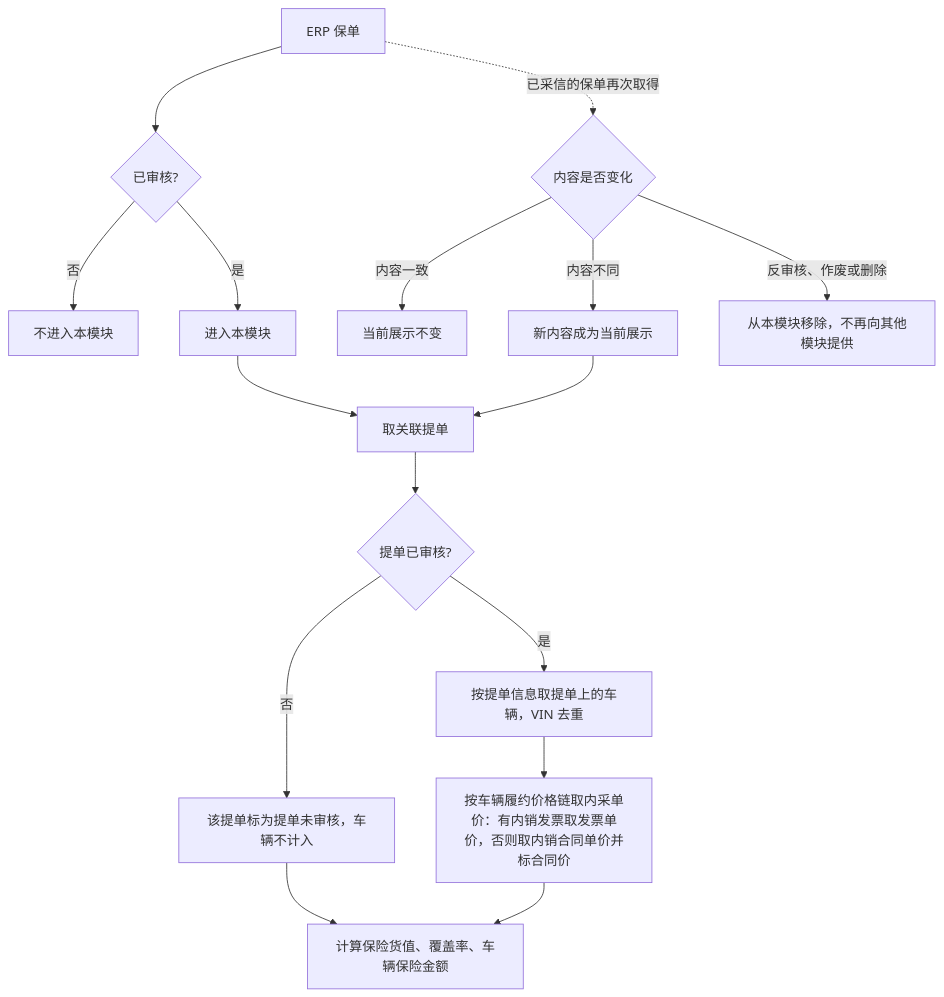
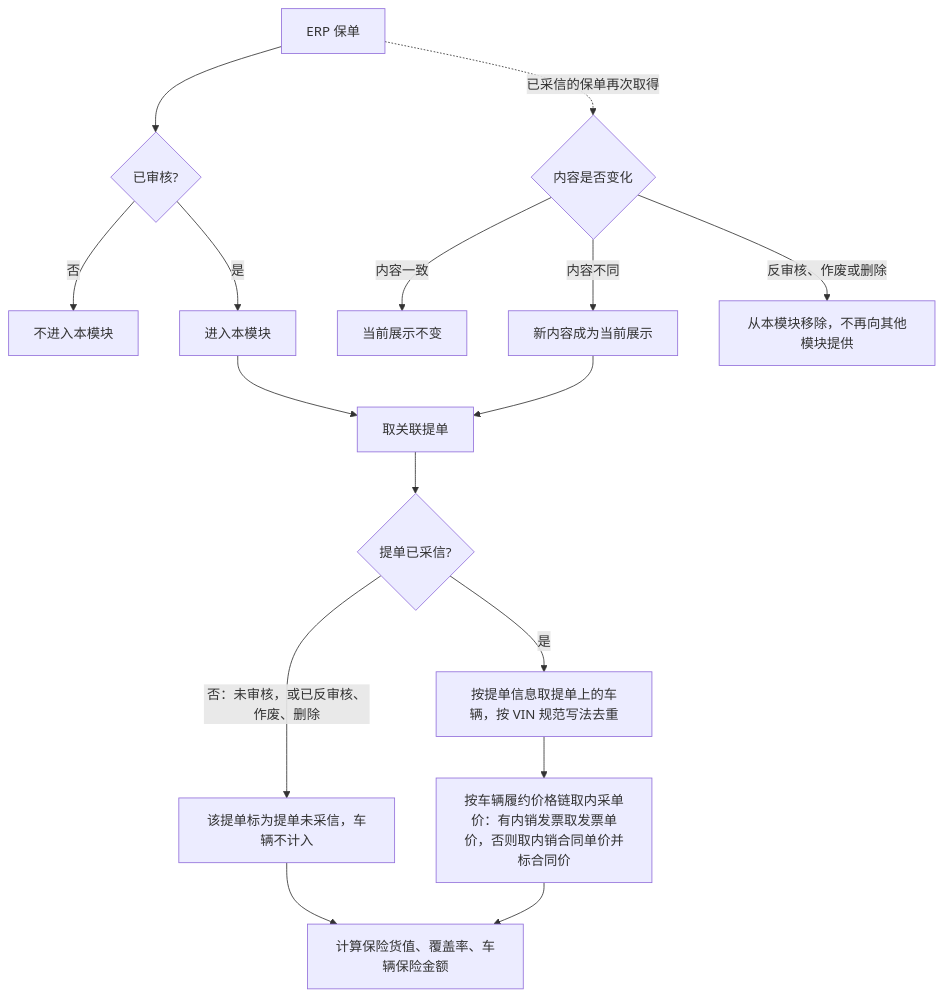
Before and after one commit to wxblockchain/Chain-Financing: the first of 3 diagrams in asset-trust-platform/PRD/运营端/M13-保单信息/02-保单信息-流程图与状态机.md, drawn with Mermaid. The commit also changed other lines of this file and 3 other files, not shown here.

````diff
--- a/asset-trust-platform/PRD/运营端/M13-保单信息/02-保单信息-流程图与状态机.md
+++ b/asset-trust-platform/PRD/运营端/M13-保单信息/02-保单信息-流程图与状态机.md
@@ -16,18 +16,18 @@
 ```mermaid
 flowchart TD
     A[ERP 保单] --> B{已审核?}
     B -->|否| X[不进入本模块]
     B -->|是| C[进入本模块]
     C --> D[取关联提单]
-    D --> E{提单已审核?}
-    E -->|否| F[该提单标为提单未审核，车辆不计入]
-    E -->|是| G[按提单信息取提单上的车辆，VIN 去重]
+    D --> E{提单已采信?}
+    E -->|否：未审核，或已反审核、作废、删除| F[该提单标为提单未采信，车辆不计入]
+    E -->|是| G[按提单信息取提单上的车辆，按 VIN 规范写法去重]
     G --> H[按车辆履约价格链取内采单价：有内销发票取发票单价，否则取内销合同单价并标合同价]
     F --> R[计算保险货值、覆盖率、车辆保险金额]
     H --> R
     A -. 已采信的保单再次取得 .-> U{内容是否变化}
     U -->|内容一致| K[当前展示不变]
     U -->|内容不同| N[新内容成为当前展示]
     U -->|反审核、作废或删除| M[从本模块移除，不再向其他模块提供]
     N --> D
 ```
````
